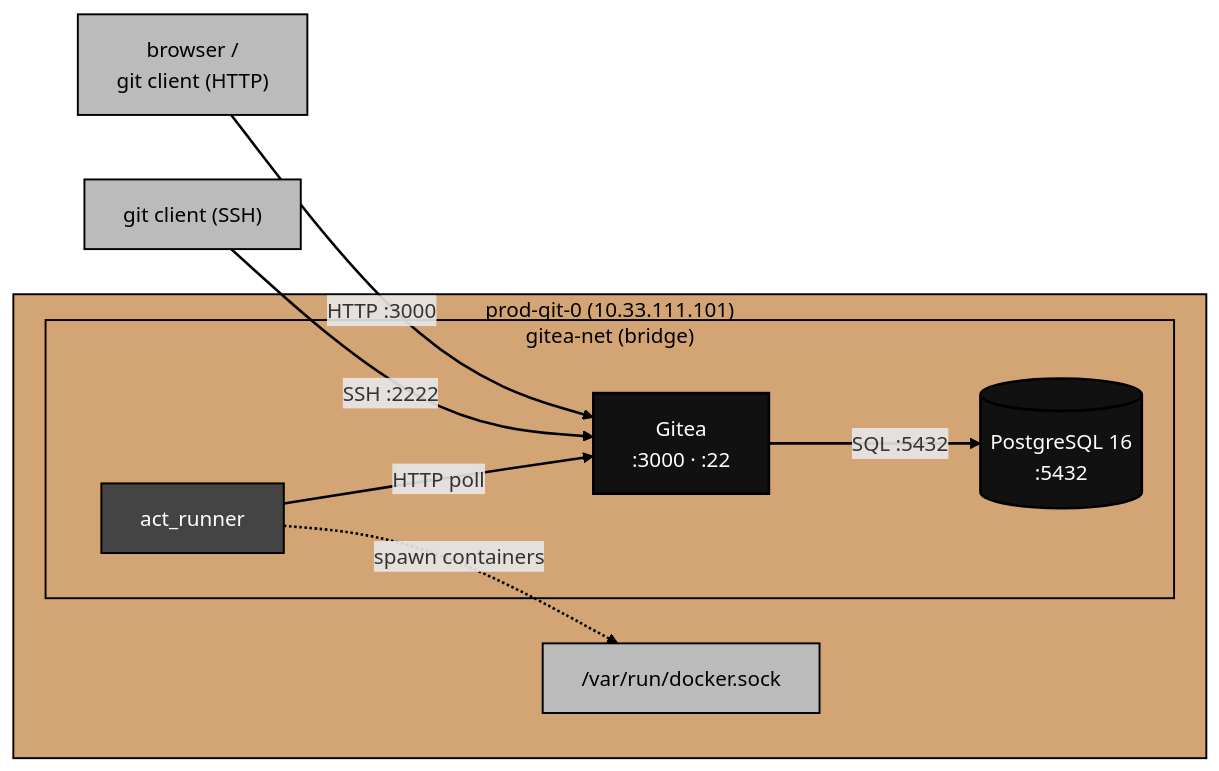
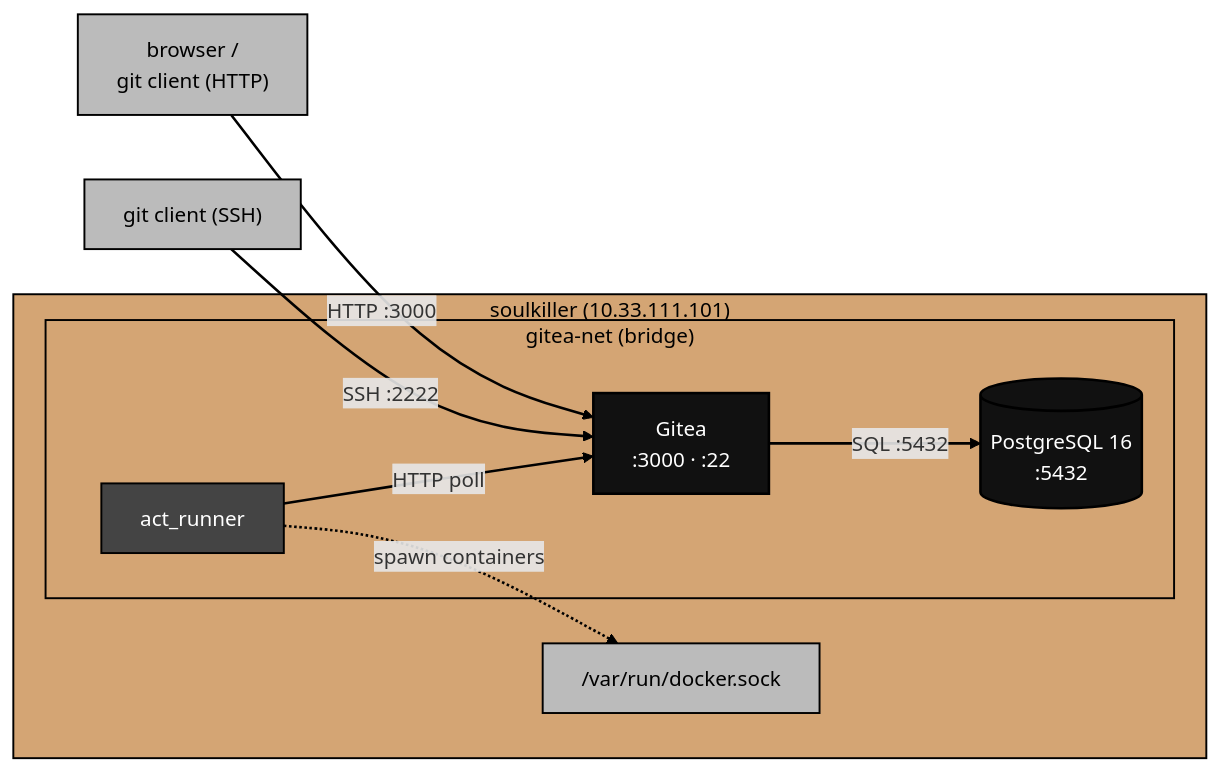
The diagram in gitea/docs/architecture.md (arpatek/home.arpa), drawn with Mermaid before and after one commit. The commit also changed other lines of this file and 53 other files, not shown here.

````diff
--- a/gitea/docs/architecture.md
+++ b/gitea/docs/architecture.md
@@ -31,32 +31,32 @@
 ```mermaid
 flowchart LR
-    subgraph HOST["prod-git-0 (10.33.111.101)"]
+    subgraph HOST["soulkiller (10.33.111.101)"]
         subgraph NET["gitea-net (bridge)"]
             GITEA["Gitea<br/>:3000 · :22"]
             DB[("PostgreSQL 16<br/>:5432")]
             RUNNER["act_runner"]
         end
         SOCK["/var/run/docker.sock"]
     end
 
     BROWSER["browser /<br/>git client (HTTP)"]
     GITSSH["git client (SSH)"]
 
     BROWSER -->|"HTTP :3000"| GITEA
     GITSSH  -->|"SSH :2222"| GITEA
     GITEA   -->|"SQL :5432"| DB
     RUNNER  -->|"HTTP poll"| GITEA
     RUNNER  -.->|"spawn containers"| SOCK
 
     linkStyle default stroke:#000000,stroke-width:2px;
 
     classDef core      fill:#111111,stroke:#000000,color:#ffffff,stroke-width:2px;
     classDef agent     fill:#444444,stroke:#000000,color:#ffffff,stroke-width:1.5px;
     classDef external  fill:#bbbbbb,stroke:#000000,color:#000000,stroke-width:1.5px;
     classDef hostlabel fill:#d4a574,stroke:#000000,color:#000000,stroke-width:1.5px;
 
     class GITEA,DB core;
     class RUNNER agent;
     class BROWSER,GITSSH,SOCK external;
     class HOST,NET hostlabel;
 ```
````
